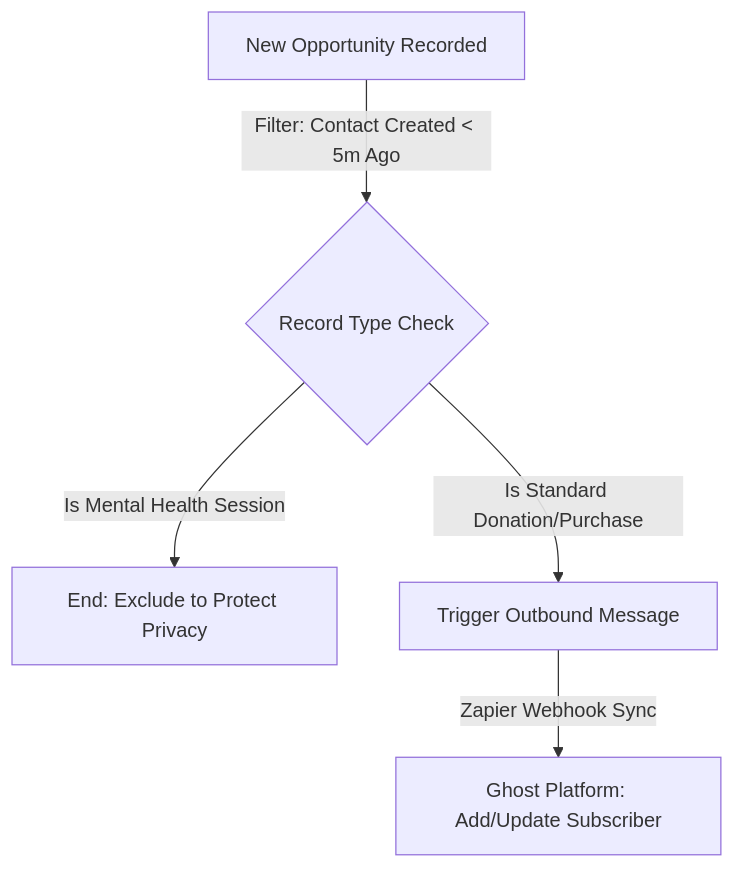
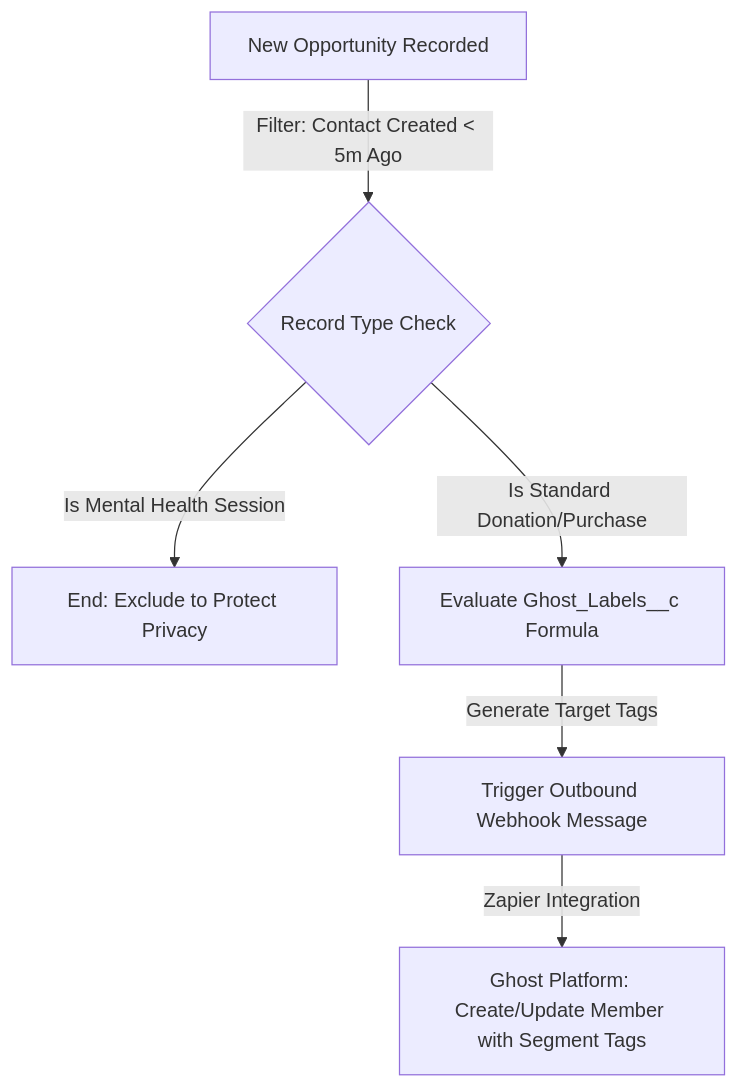
One commit to muktharamesh/salesforce-portfolio changed the third of 3 diagrams in resume.md. Above: the diagram before and after it, drawn with Mermaid. The commit also changed other lines of this file and 2 other files, not shown here.

Commit message:
Refine Ghost newsletter integration docs, highlighting the dynamic Ghost_Labels__c tagging and segmentation engine

````diff
--- a/resume.md
+++ b/resume.md
@@ -64,7 +64,8 @@
 ```mermaid
 graph TD
     A[New Opportunity Recorded] -->|Filter: Contact Created &lt; 5m Ago| B{Record Type Check}
     B -->|Is Mental Health Session| C[End: Exclude to Protect Privacy]
-    B -->|Is Standard Donation/Purchase| D[Trigger Outbound Message]
-    D -->|Zapier Webhook Sync| E[Ghost Platform: Add/Update Subscriber]
+    B -->|Is Standard Donation/Purchase| D[Evaluate Ghost_Labels__c Formula]
+    D -->|Generate Target Tags| E[Trigger Outbound Webhook Message]
+    E -->|Zapier Integration| F[Ghost Platform: Create/Update Member with Segment Tags]
 ```
````
